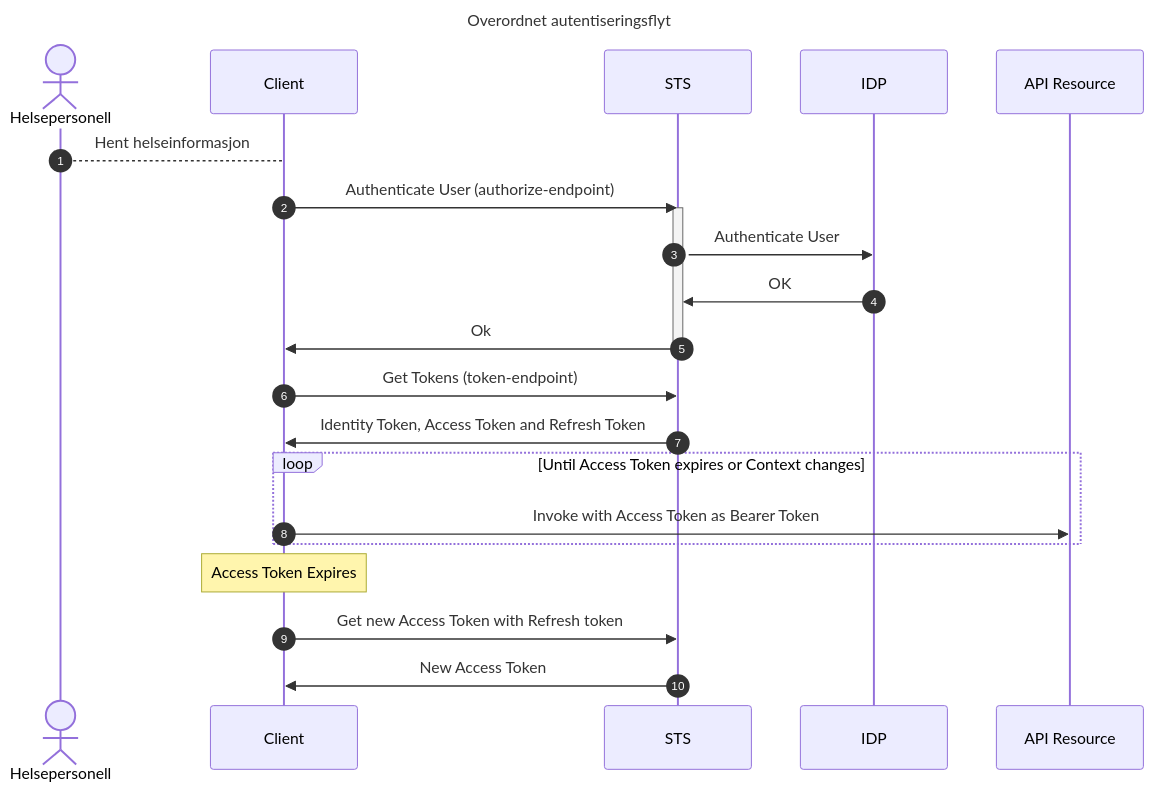
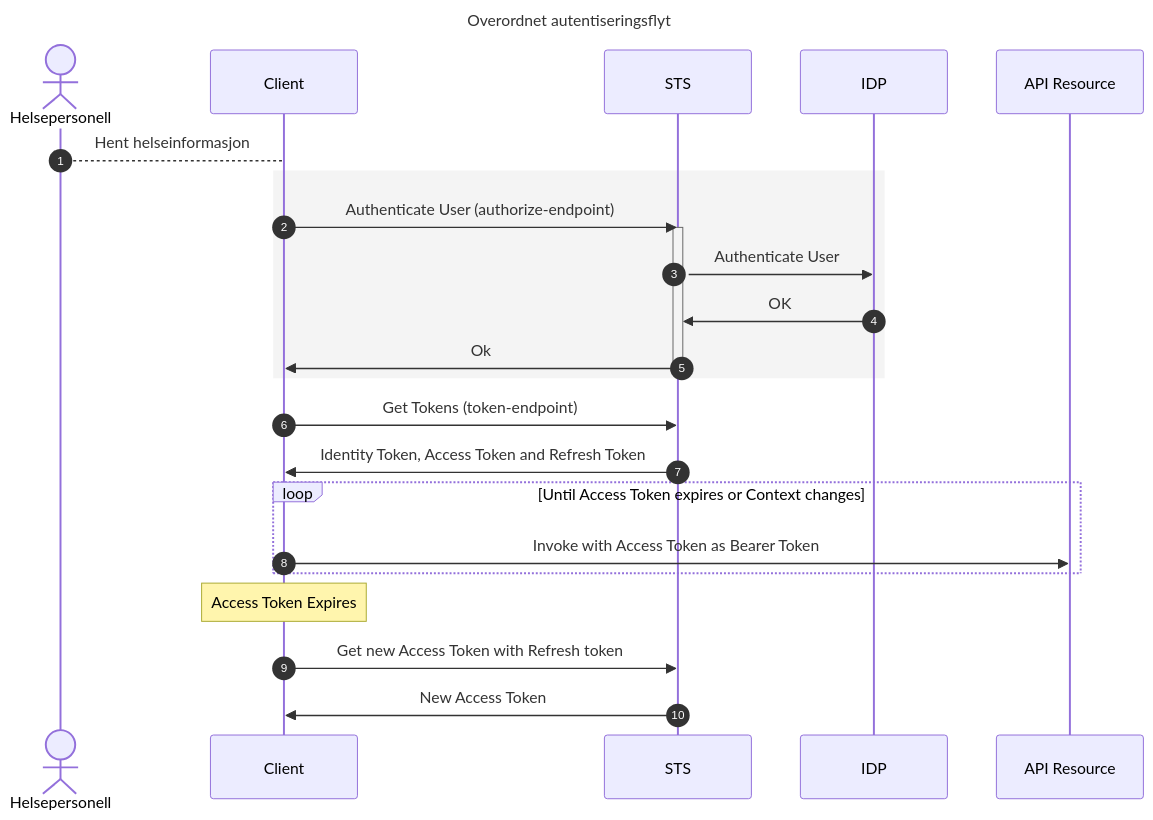
The first of 3 diagrams in specs/bruk_av_oidc.md (NorskHelsenett/Tillitsrammeverk), drawn with Mermaid before and after one commit. The commit also changed other lines of this file, not shown here.

````diff
--- a/specs/bruk_av_oidc.md
+++ b/specs/bruk_av_oidc.md
@@ -51,29 +51,30 @@
 ```mermaid
 sequenceDiagram 
   autonumber
   title Overordnet autentiseringsflyt
   actor HP as Helsepersonell
   participant RP as Client
   participant HelseID as STS
   participant IDP
   participant API as API Resource
 
   HP-->RP: Hent helseinformasjon  
+  rect rgba(150, 150, 150, 0.1)
   RP->>HelseID: Authenticate User (authorize-endpoint)
   activate HelseID
   HelseID->>IDP: Authenticate User
   IDP->>HelseID: OK
   HelseID->>RP: Ok
   deactivate HelseID
-  
+  end
   RP->>HelseID: Get Tokens (token-endpoint)
   HelseID->>RP: Identity Token, Access Token and Refresh Token
   loop Until Access Token expires or Context changes
   RP->>API: Invoke with Access Token as Bearer Token
   end
 
 Note over RP: Access Token Expires
 RP->>HelseID: Get new Access Token with Refresh token   
 HelseID->>RP: New Access Token 
  
 ```
````
